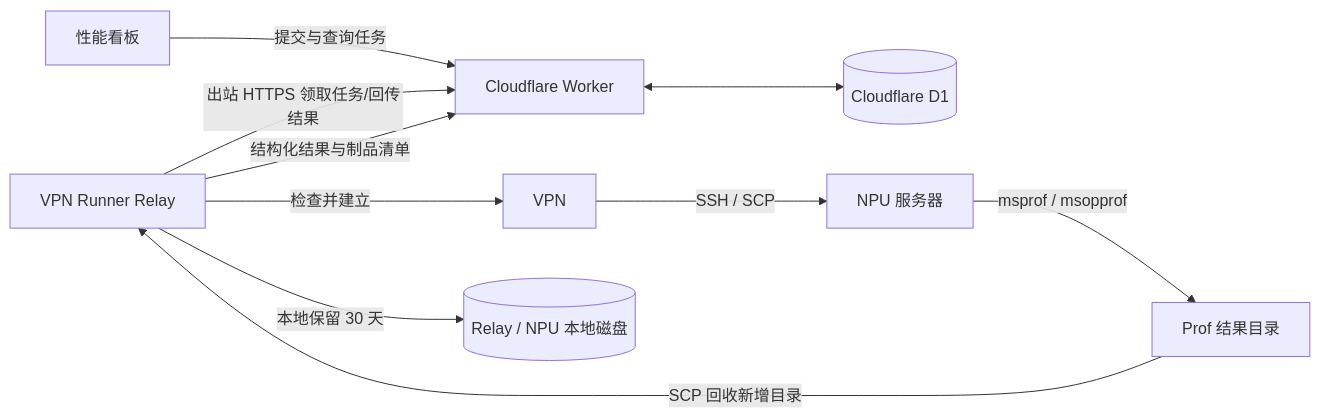
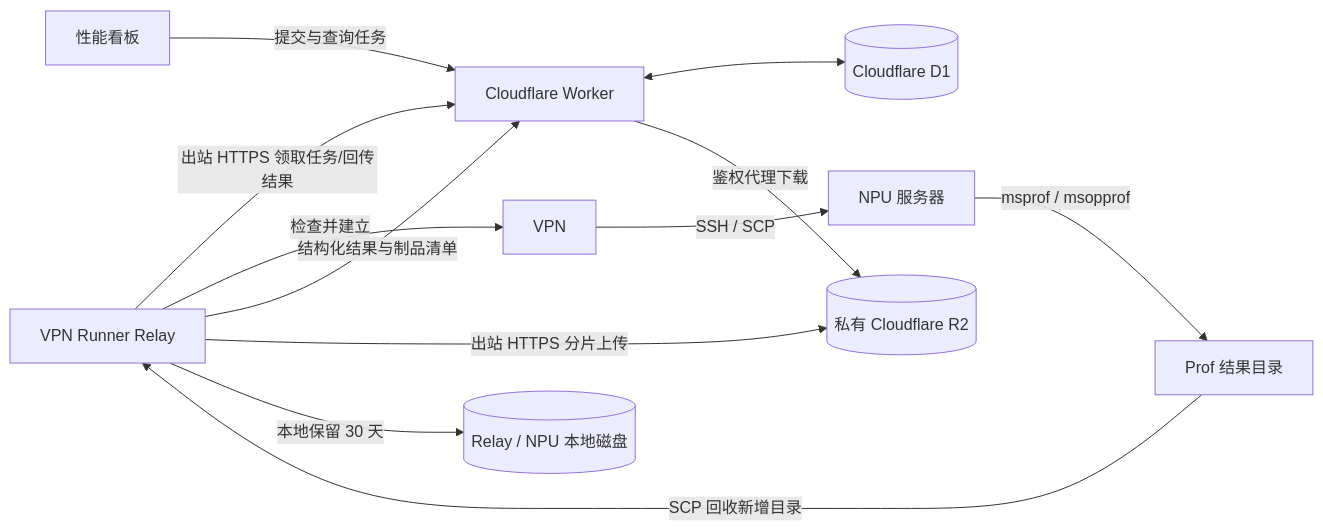
One commit to fazhenyao/flash-linear-attention-npu-io changed the first of 3 diagrams in docs/npu-vpn-runner-design.md. Above: the diagram before and after it, drawn with Mermaid. The commit also changed other lines of this file and 7 other files, not shown here.

````diff
--- a/docs/npu-vpn-runner-design.md
+++ b/docs/npu-vpn-runner-design.md
@@ -56,12 +56,14 @@
 ```mermaid
 flowchart LR
     U[性能看板] -->|提交与查询任务| W[Cloudflare Worker]
     W <--> D[(Cloudflare D1)]
     R[VPN Runner Relay] -->|出站 HTTPS 领取任务/回传结果| W
     R -->|检查并建立| V[VPN]
     V -->|SSH / SCP| N[NPU 服务器]
     N -->|msprof / msopprof| P[Prof 结果目录]
     P -->|SCP 回收新增目录| R
     R -->|结构化结果与制品清单| W
+    R -->|出站 HTTPS 分片上传| O[(私有 Cloudflare R2)]
+    W -->|鉴权代理下载| O
     R -->|本地保留 30 天| L[(Relay / NPU 本地磁盘)]
 ```
````
